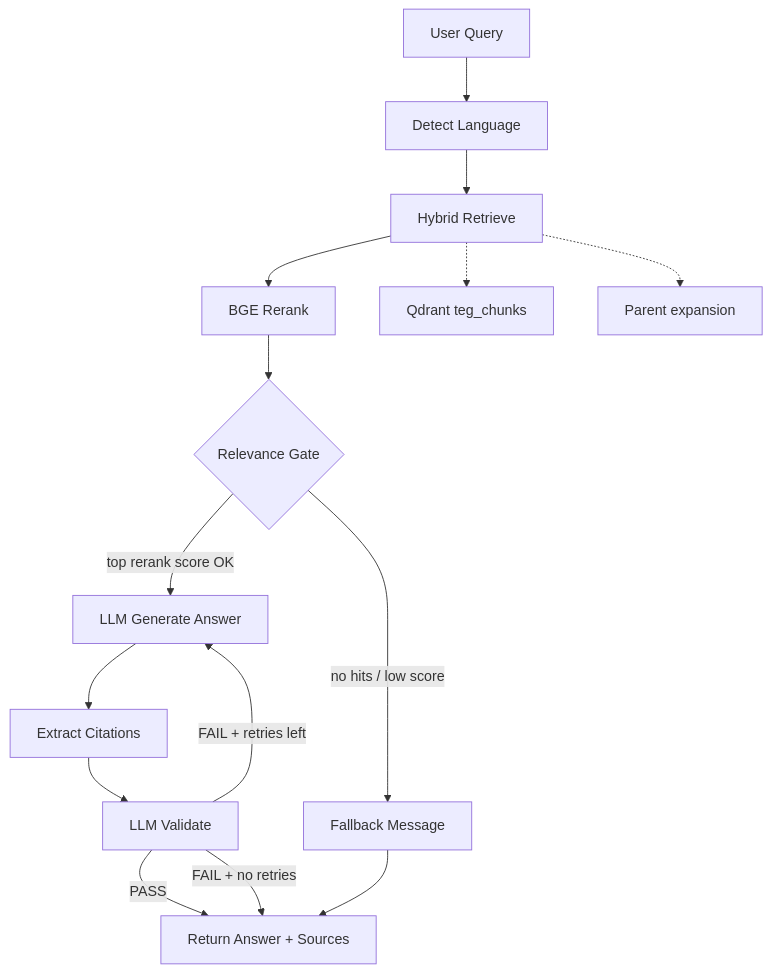
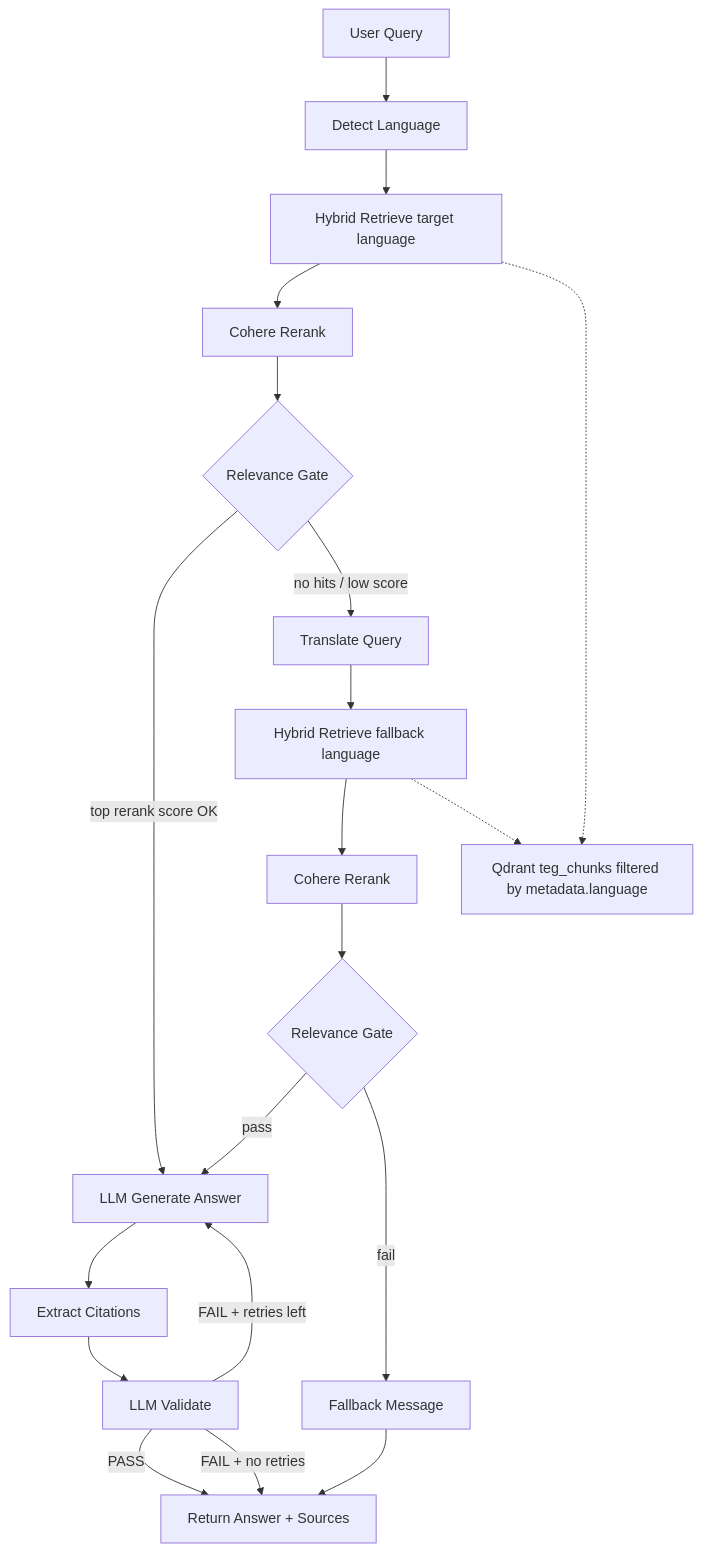
One commit to jikhil-foc/TEG-chatbot changed the diagram in docs/query-retrieval-workflow.md. Above: the diagram before and after it, drawn with Mermaid. The commit also changed other lines of this file and 21 other files, not shown here.

````diff
--- a/docs/query-retrieval-workflow.md
+++ b/docs/query-retrieval-workflow.md
@@ -50,18 +52,23 @@
 ```mermaid
 flowchart TD
     Q[User Query] --> A[Detect Language]
-    A --> B[Hybrid Retrieve]
-    B --> C[BGE Rerank]
+    A --> B[Hybrid Retrieve target language]
+    B --> C[Cohere Rerank]
     C --> D{Relevance Gate}
     D -->|top rerank score OK| E[LLM Generate Answer]
-    D -->|no hits / low score| F[Fallback Message]
+    D -->|no hits / low score| T[Translate Query]
+    T --> B2[Hybrid Retrieve fallback language]
+    B2 --> C2[Cohere Rerank]
+    C2 --> D2{Relevance Gate}
+    D2 -->|pass| E
+    D2 -->|fail| F[Fallback Message]
     E --> G[Extract Citations]
     G --> H[LLM Validate]
     H -->|PASS| I[Return Answer + Sources]
     H -->|FAIL + retries left| E
     H -->|FAIL + no retries| I
     F --> I
 
-    B -.-> B1[Qdrant teg_chunks]
-    B -.-> B2[Parent expansion]
+    B -.-> B1[Qdrant teg_chunks filtered by metadata.language]
+    B2 -.-> B1
 ```
````
